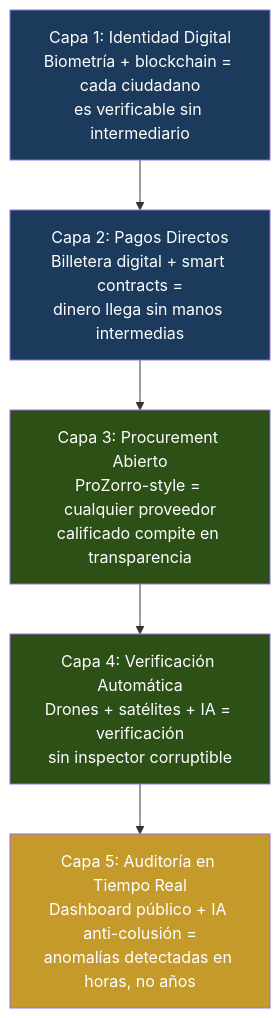
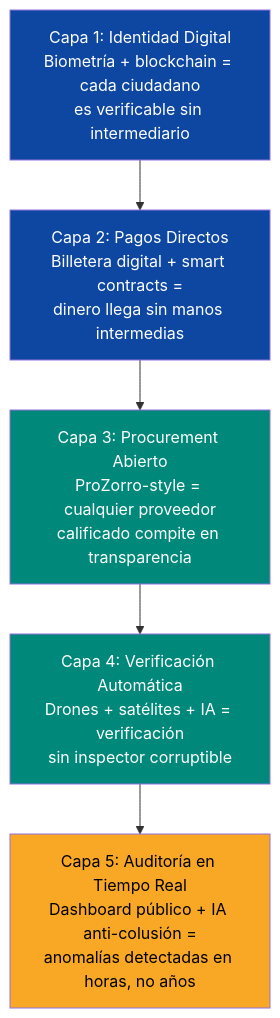
One commit to Venezuela-S-A/venezuela-sa changed the fourth of 4 diagrams in docs/04-gobernanza/blindaje-integridad.md. Above: the diagram before and after it, drawn with Mermaid. The commit also changed other lines of this file and 127 other files, not shown here.

````diff
--- a/docs/04-gobernanza/blindaje-integridad.md
+++ b/docs/04-gobernanza/blindaje-integridad.md
@@ -392,13 +392,13 @@
 ```mermaid
 flowchart TD
     A["Capa 1: Identidad Digital<br/>Biometría + blockchain = cada ciudadano<br/>es verificable sin intermediario"] --> B["Capa 2: Pagos Directos<br/>Billetera digital + smart contracts =<br/>dinero llega sin manos intermedias"]
     B --> C["Capa 3: Procurement Abierto<br/>ProZorro-style = cualquier proveedor<br/>calificado compite en transparencia"]
     C --> D["Capa 4: Verificación Automática<br/>Drones + satélites + IA = verificación<br/>sin inspector corruptible"]
     D --> E["Capa 5: Auditoría en Tiempo Real<br/>Dashboard público + IA anti-colusión =<br/>anomalías detectadas en horas, no años"]
 
-    style A fill:#1B3A5C,color:#fff
-    style B fill:#1B3A5C,color:#fff
-    style C fill:#2d5016,color:#fff
-    style D fill:#2d5016,color:#fff
-    style E fill:#C49A2A,color:#fff
+    style A fill:#0D47A1,color:#fff
+    style B fill:#0D47A1,color:#fff
+    style C fill:#00897B,color:#fff
+    style D fill:#00897B,color:#fff
+    style E fill:#F9A825,color:#000
 ```
````
